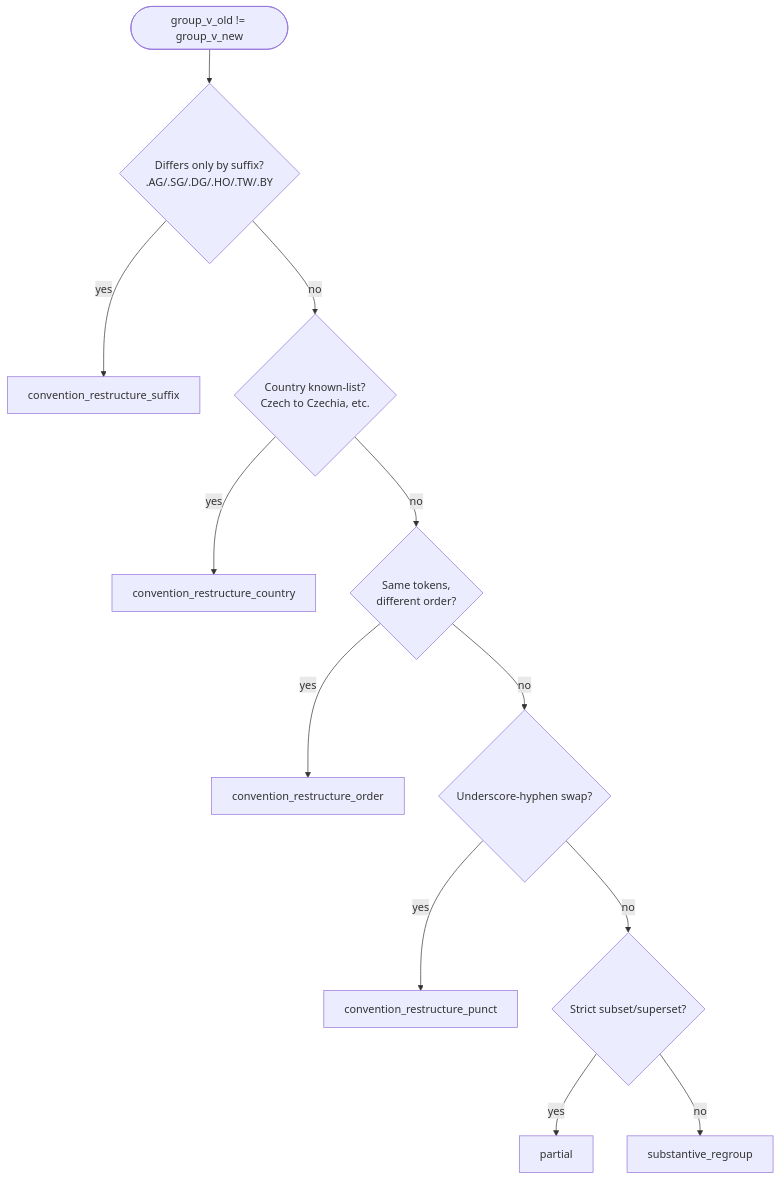
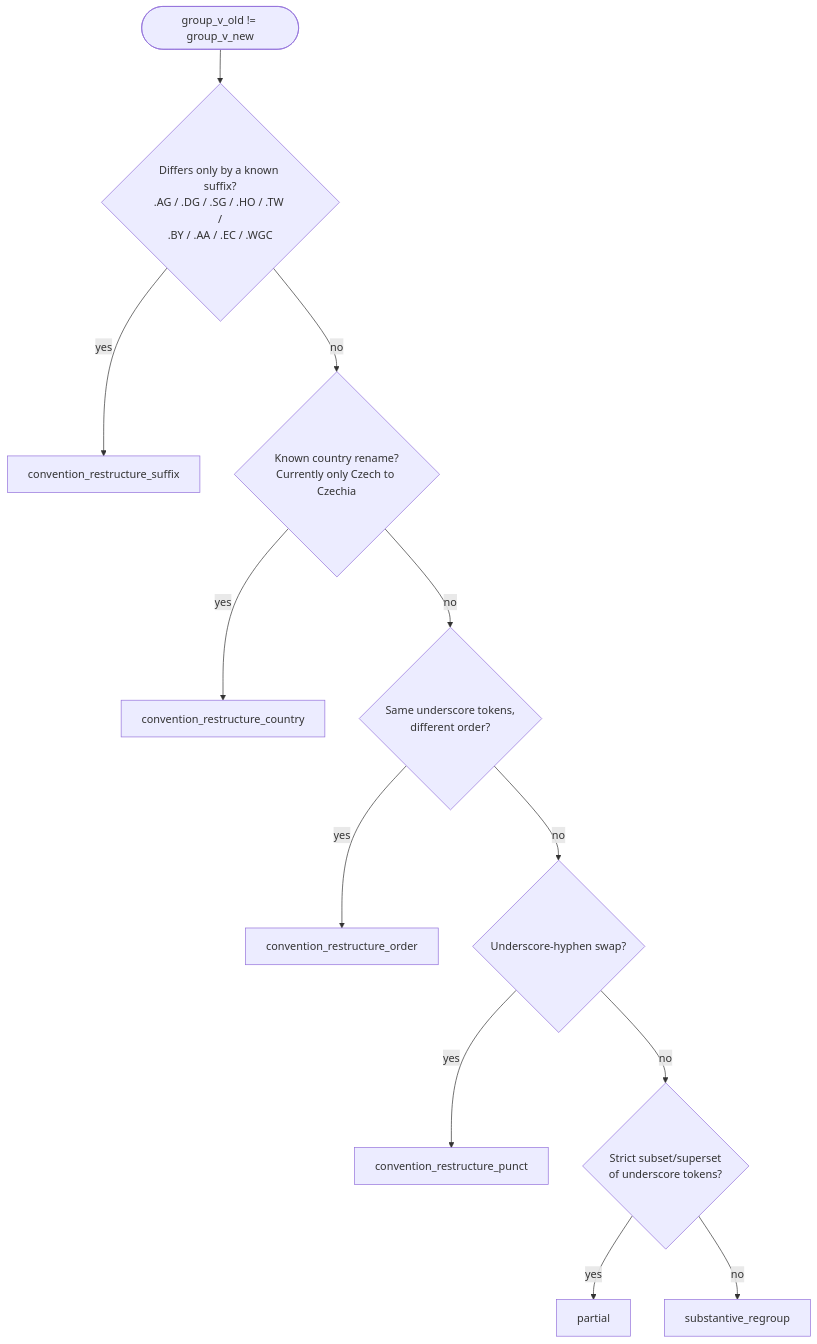
The second of 3 diagrams in DEVELOPMENT.md (carstenerickson/aadr-resolve), drawn with Mermaid before and after one commit. The commit also changed other lines of this file, not shown here.

First line of the commit message:
docs: critical-review fixes to the three mermaid diagrams

````diff
--- a/DEVELOPMENT.md
+++ b/DEVELOPMENT.md
@@ -169,14 +173,14 @@
 ```mermaid
 flowchart TD
-    Start([group_v_old != group_v_new]) --> S1{Differs only by suffix?<br/>.AG/.SG/.DG/.HO/.TW/.BY}
+    Start([group_v_old != group_v_new]) --> S1{Differs only by a known suffix?<br/>.AG / .DG / .SG / .HO / .TW /<br/>.BY / .AA / .EC / .WGC}
     S1 -->|yes| C1[convention_restructure_suffix]
-    S1 -->|no| S2{Country known-list?<br/>Czech to Czechia, etc.}
+    S1 -->|no| S2{Known country rename?<br/>Currently only Czech to Czechia}
     S2 -->|yes| C2[convention_restructure_country]
-    S2 -->|no| S3{Same tokens,<br/>different order?}
+    S2 -->|no| S3{Same underscore tokens,<br/>different order?}
     S3 -->|yes| C3[convention_restructure_order]
     S3 -->|no| S4{Underscore-hyphen swap?}
     S4 -->|yes| C4[convention_restructure_punct]
-    S4 -->|no| S5{Strict subset/superset?}
+    S4 -->|no| S5{Strict subset/superset<br/>of underscore tokens?}
     S5 -->|yes| C5[partial]
     S5 -->|no| C6[substantive_regroup]
 ```
````
